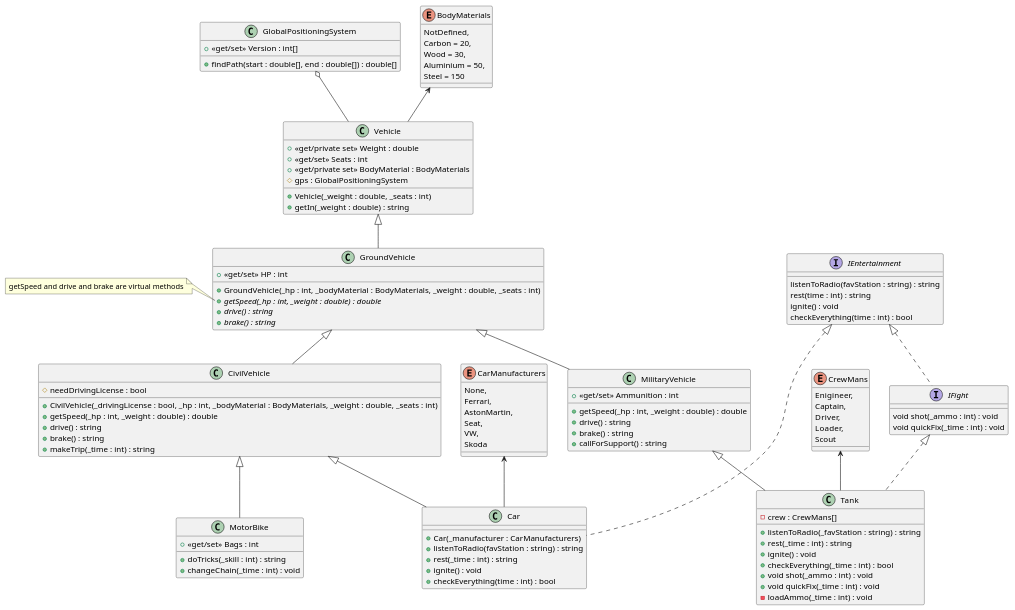
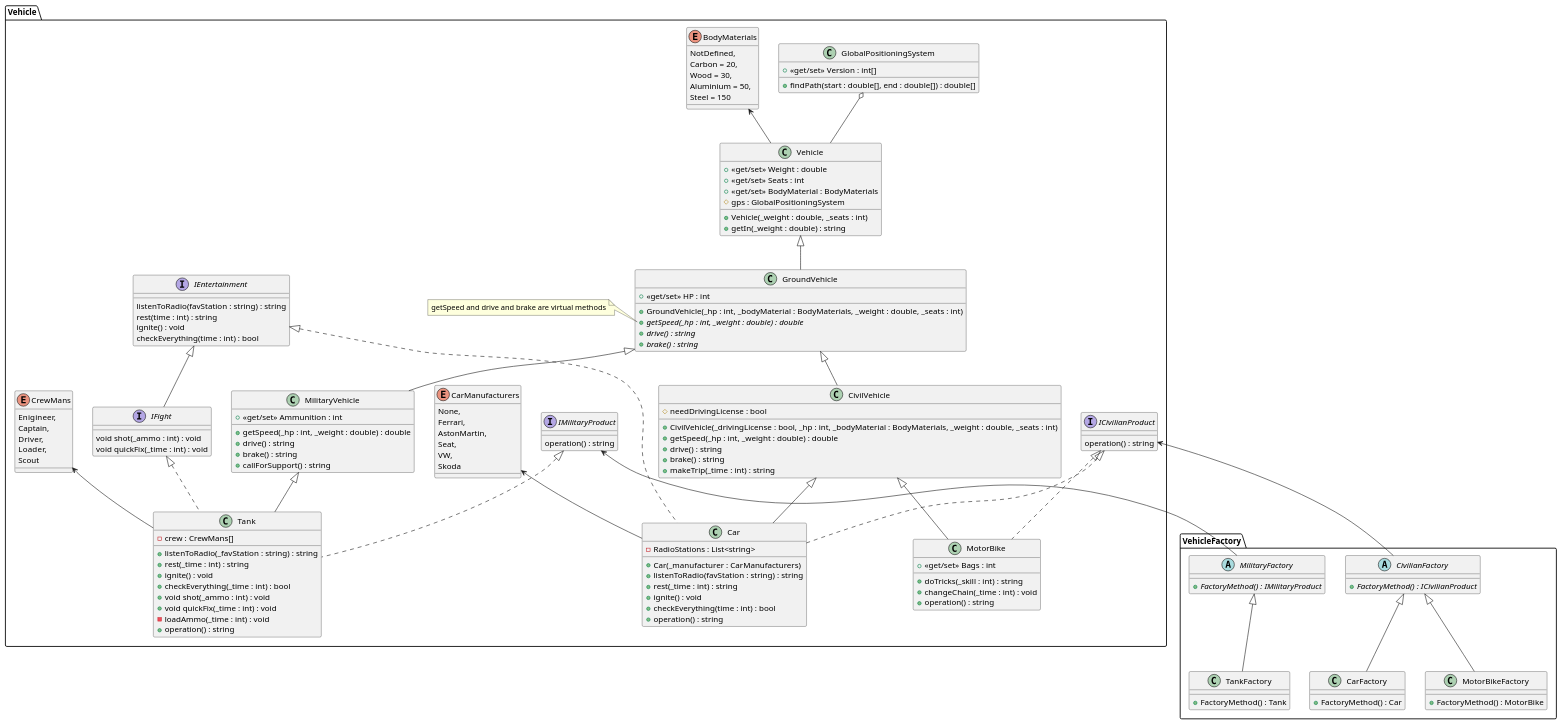
Before and after one commit to JOQUR/High_Level_Designing: the diagram in LAB04/SelfDrivingCar.puml, drawn with PlantUML.

```diff
--- a/LAB04/SelfDrivingCar.puml
+++ b/LAB04/SelfDrivingCar.puml
@@ -1,123 +1,167 @@
 @startuml
 
-class Vehicle{
-    +<<get/private set>> Weight : double
-    +<<get/set>> Seats : int
-    +<<get/private set>> BodyMaterial : BodyMaterials
-    #gps : GlobalPositioningSystem
+namespace Vehicle{
 
-    + Vehicle(_weight : double, _seats : int)
-    +getIn(_weight : double) : string
-}
+    class Vehicle{
+        +<<get/set>> Weight : double
+        +<<get/set>> Seats : int
+        +<<get/set>> BodyMaterial : BodyMaterials
+        #gps : GlobalPositioningSystem
 
-class GroundVehicle{
-    +<<get/set>> HP : int
-    +GroundVehicle(_hp : int, _bodyMaterial : BodyMaterials, _weight : double, _seats : int)
-    + {abstract} getSpeed(_hp : int, _weight : double) : double
-    + {abstract} drive() : string
-    + {abstract} brake() : string
-}
-note left of GroundVehicle::getSpeed
-getSpeed and drive and brake are virtual methods
-end note
+        + Vehicle(_weight : double, _seats : int)
+        +getIn(_weight : double) : string
+    }
 
-class CivilVehicle{
-    #needDrivingLicense : bool
-    +CivilVehicle(_drivingLicense : bool, _hp : int, _bodyMaterial : BodyMaterials, _weight : double, _seats : int)
-    +getSpeed(_hp : int, _weight : double) : double
-    +drive() : string
-    +brake() : string
-    +makeTrip(_time : int) : string
-}
+    class GroundVehicle{
+        +<<get/set>> HP : int
+        +GroundVehicle(_hp : int, _bodyMaterial : BodyMaterials, _weight : double, _seats : int)
+        + {abstract} getSpeed(_hp : int, _weight : double) : double
+        + {abstract} drive() : string
+        + {abstract} brake() : string
+    }
+    note left of GroundVehicle::getSpeed
+    getSpeed and drive and brake are virtual methods
+    end note
 
-class Car{
-    +Car(_manufacturer : CarManufacturers)
-    +listenToRadio(favStation : string) : string
-    +rest(_time : int) : string
-    +ignite() : void
-    +checkEverything(time : int) : bool
-}
+    class CivilVehicle{
+        #needDrivingLicense : bool
+        +CivilVehicle(_drivingLicense : bool, _hp : int, _bodyMaterial : BodyMaterials, _weight : double, _seats : int)
+        +getSpeed(_hp : int, _weight : double) : double
+        +drive() : string
+        +brake() : string
+        +makeTrip(_time : int) : string
+    }
 
-class MotorBike{
-    +<<get/set>> Bags : int
-    +doTricks(_skill : int) : string
-    +changeChain(_time : int) : void
-}
+    class Car{
+        -RadioStations : List<string>
+        +Car(_manufacturer : CarManufacturers)
+        +listenToRadio(favStation : string) : string
+        +rest(_time : int) : string
+        +ignite() : void
+        +checkEverything(time : int) : bool
+        +operation() : string
+    }
 
-class GlobalPositioningSystem{
-    +<<get/set>> Version : int[]
-    +findPath(start : double[], end : double[]) : double[]
-}
+    class MotorBike{
+        +<<get/set>> Bags : int
+        +doTricks(_skill : int) : string
+        +changeChain(_time : int) : void
+        +operation() : string
+    }
 
-class MilitaryVehicle{
-    +<<get/set>> Ammunition : int
-    +getSpeed(_hp : int, _weight : double) : double
-    +drive() : string
-    +brake() : string
-    +callForSupport() : string
-}
+    class GlobalPositioningSystem{
+        +<<get/set>> Version : int[]
+        +findPath(start : double[], end : double[]) : double[]
+    }
 
-class Tank{
-    -crew : CrewMans[]
-    +listenToRadio(_favStation : string) : string
-    +rest(_time : int) : string
-    +ignite() : void
-    +checkEverything(_time : int) : bool
-    +void shot(_ammo : int) : void
-    +void quickFix(_time : int) : void
-    -loadAmmo(_time : int) : void
-}
+    class MilitaryVehicle{
+        +<<get/set>> Ammunition : int
+        +getSpeed(_hp : int, _weight : double) : double
+        +drive() : string
+        +brake() : string
+        +callForSupport() : string
+    }
+
+    class Tank{
+        -crew : CrewMans[]
+        +listenToRadio(_favStation : string) : string
+        +rest(_time : int) : string
+        +ignite() : void
+        +checkEverything(_time : int) : bool
+        +void shot(_ammo : int) : void
+        +void quickFix(_time : int) : void
+        -loadAmmo(_time : int) : void
+        +operation() : string
+    }
 
 
 
-enum CarManufacturers{
-    None,
-    Ferrari,
-    AstonMartin,
-    Seat,
-    VW,
-    Skoda
-}
-enum BodyMaterials{
-    NotDefined,
-    Carbon = 20,
-    Wood = 30,
-    Aluminium = 50,
-    Steel = 150
-}
+    enum CarManufacturers{
+        None,
+        Ferrari,
+        AstonMartin,
+        Seat,
+        VW,
+        Skoda
+    }
+    enum BodyMaterials{
+        NotDefined,
+        Carbon = 20,
+        Wood = 30,
+        Aluminium = 50,
+        Steel = 150
+    }
 
-enum CrewMans {
-    Enigineer,
-    Captain,
-    Driver,
-    Loader,
-    Scout
-}
+    enum CrewMans {
+        Enigineer,
+        Captain,
+        Driver,
+        Loader,
+        Scout
+    }
+
+    interface ICivilianProduct{
+        operation() : string 
+    }
+
+    interface IMilitaryProduct{
+        operation() : string 
+    }
+    interface IEntertainment {
+        listenToRadio(favStation : string) : string
+        rest(time : int) : string
+        ignite() : void
+        checkEverything(time : int) : bool
+    }
+    interface IFight{
+        void shot(_ammo : int) : void
+        void quickFix(_time : int) : void
+    }
 
 
-interface IEntertainment {
-    listenToRadio(favStation : string) : string
-    rest(time : int) : string
-    ignite() : void
-    checkEverything(time : int) : bool
+    CrewMans <-- Tank
+    CivilVehicle <|-- MotorBike
+    CarManufacturers <-- Car
+    CivilVehicle <|-- Car
+    class Car implements IEntertainment
+    Vehicle <|-- GroundVehicle
+    BodyMaterials <-- Vehicle
+    GlobalPositioningSystem o-- Vehicle
+    GroundVehicle <|-- CivilVehicle
+    GroundVehicle <|-- MilitaryVehicle
+    MilitaryVehicle <|-- Tank
+    class Tank implements IFight
+    interface IFight implements IEntertainment
+    class Car implements ICivilianProduct
+    class MotorBike implements ICivilianProduct
+    class Tank implements IMilitaryProduct
 }
-interface IFight{
-    void shot(_ammo : int) : void
-    void quickFix(_time : int) : void
-}
+namespace VehicleFactory{
+    abstract class CivilianFactory{
+        +{abstract} FactoryMethod() : ICivilianProduct
+    }
+
+    class CarFactory{
+        +FactoryMethod() : Car
+    }
+
+    class MotorBikeFactory{
+        +FactoryMethod() : MotorBike
+    }
+
+    abstract class MilitaryFactory{
+        +{abstract} FactoryMethod() : IMilitaryProduct
+    }
+
+    class TankFactory{
+        +FactoryMethod() : Tank
+    }
 
 
-CrewMans <-- Tank
-CivilVehicle <|-- MotorBike
-IEntertainment <|.. IFight
-CarManufacturers <-- Car
-CivilVehicle <|-- Car
-IEntertainment <|.. Car
-Vehicle <|-- GroundVehicle
-BodyMaterials <-- Vehicle
-GlobalPositioningSystem o-- Vehicle
-GroundVehicle <|-- CivilVehicle
-GroundVehicle <|-- MilitaryVehicle
-MilitaryVehicle <|-- Tank
-IFight <|.. Tank
+    Vehicle.IMilitaryProduct <-- MilitaryFactory
+    Vehicle.ICivilianProduct <-- CivilianFactory
+    class CarFactory extends CivilianFactory
+    class MotorBikeFactory extends CivilianFactory
+    class TankFactory extends MilitaryFactory
+}
 @enduml
```
